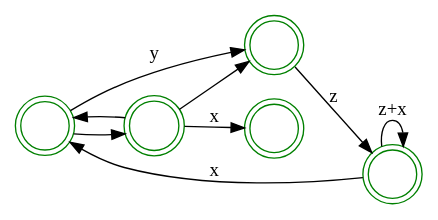
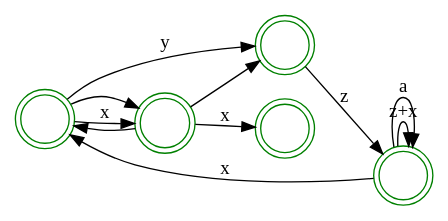
The diagram in examples vis/teste2.dot (andrelago13/COMP), drawn with Graphviz before and after one commit. The commit also changed 1 other file, not shown here.

```diff
--- a/examples vis/teste2.dot
+++ b/examples vis/teste2.dot
@@ -1,16 +1,18 @@
 digraph {
   rankdir=LR;
   node [shape = doublecircle,
   		fontcolor=white,
   		color = green,
   		peripheries = 2]; B C;
   node [shape = circle];
   0;
   0 -> 0[label="z+x"];
+  0 -> 0[label=a];
   0 -> B[label=x];
   B -> C[label=y];
   C -> 0[label=z];
   B -> D;
+  B -> D[label=x];
   D -> {B; C}
   D -> E[label=x];
 }
```
